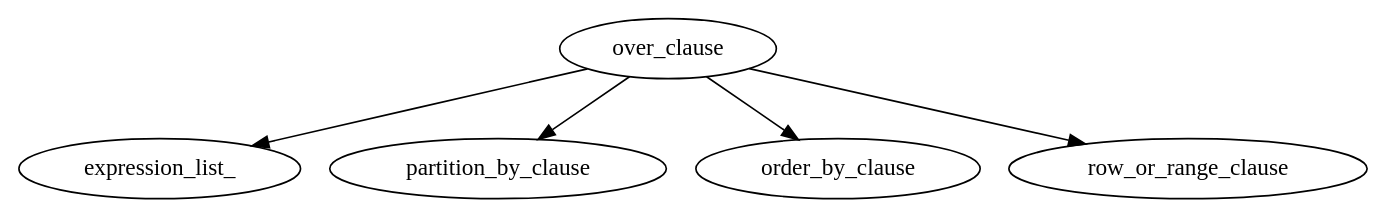
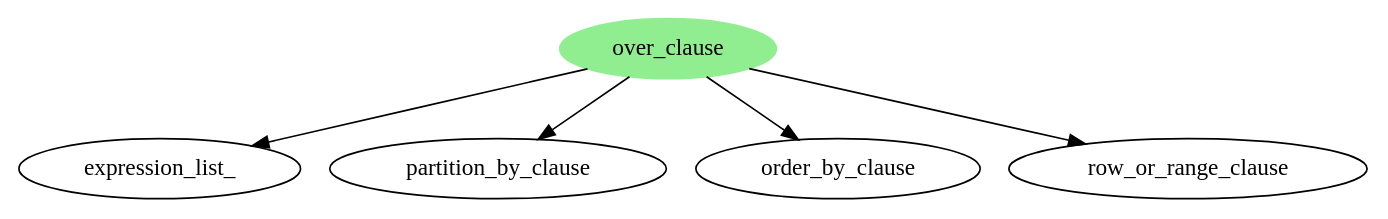
The diagram in docs/roadmap/grammar/over_clause.dot (Crary-Systems/tree-sitter-tsql), drawn with Graphviz before and after one commit. The commit also changed 9 other files, not shown here.

Commit message:
Complete out ranking_windowed_function roadmap

```diff
--- a/docs/roadmap/grammar/over_clause.dot
+++ b/docs/roadmap/grammar/over_clause.dot
@@ -1,9 +1,12 @@
 digraph {
   over_clause
+    [style=filled
+    ,color=lightgreen
+    ,URL="https://github.com/Crary-Systems/tree-sitter-tsql/blob/main/test/corpus/over_clause.txt"]
 
   over_clause -> expression_list_
   over_clause -> partition_by_clause
   over_clause -> order_by_clause
   over_clause -> row_or_range_clause
 
 }
```
